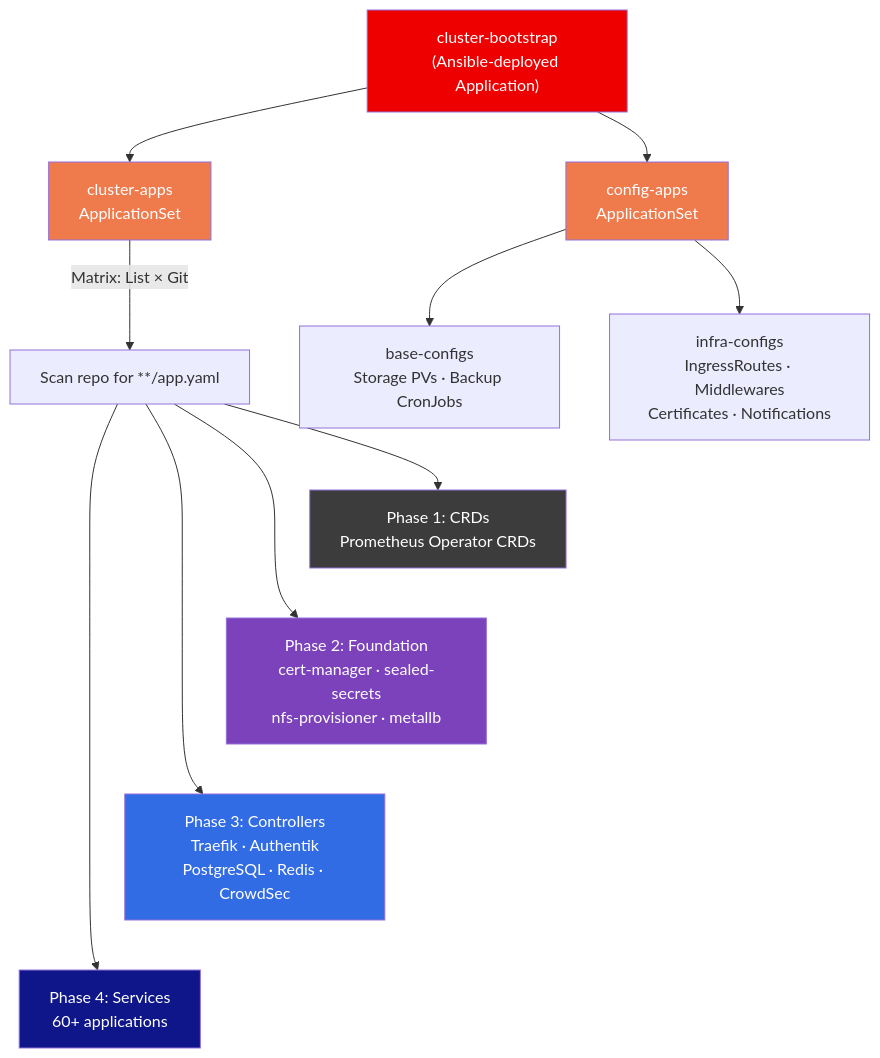
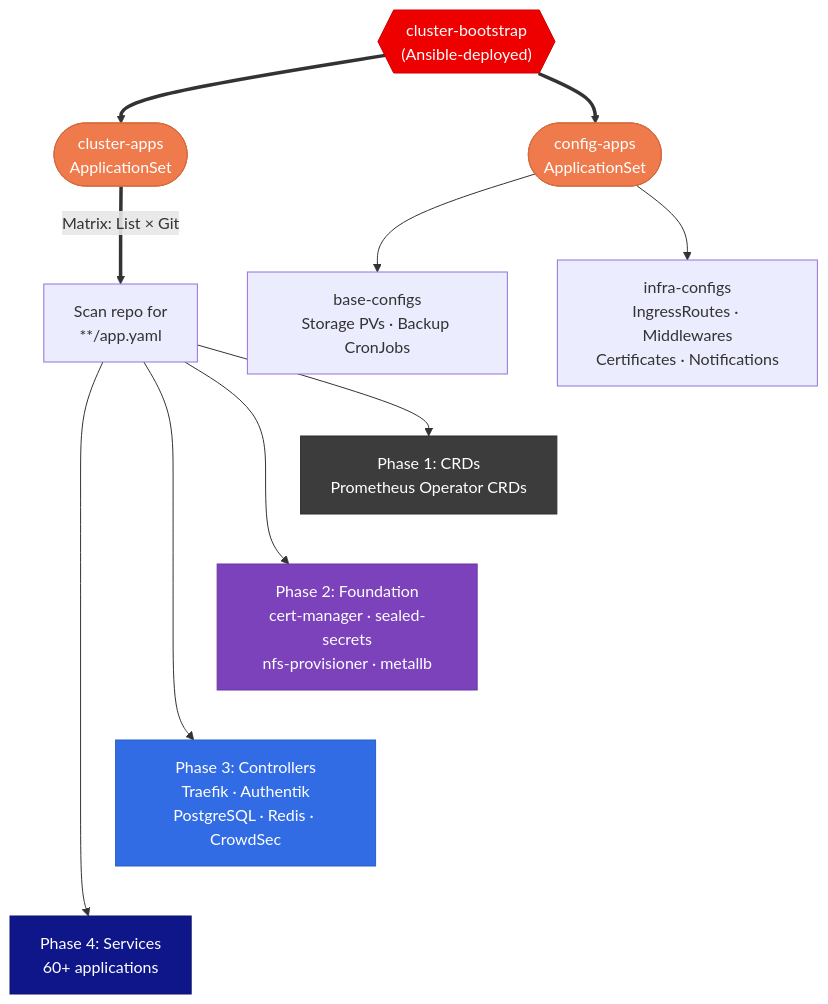
One commit to Starktastic-Homelab/apps changed the first of 5 diagrams in README.md. Above: the diagram before and after it, drawn with Mermaid. The commit also changed other lines of this file, not shown here.

Commit message:
docs: prettify Mermaid diagrams with semantic shapes and visual hierarchy

````diff
--- a/README.md
+++ b/README.md
@@ -56,26 +56,31 @@
 ```mermaid
 flowchart TB
-    BOOT["cluster-bootstrap\n(Ansible-deployed Application)"]
-    BOOT --> CS["cluster-apps\nApplicationSet"]
-    BOOT --> CFG["config-apps\nApplicationSet"]
+    BOOT{{"cluster-bootstrap\n(Ansible-deployed)"}}
+    BOOT ==> CS(["cluster-apps\nApplicationSet"])
+    BOOT ==> CFG(["config-apps\nApplicationSet"])
 
-    CS -->|"Matrix: List × Git"| DISCOVER["Scan repo for **/app.yaml"]
+    CS ==>|"Matrix: List × Git"| DISCOVER["Scan repo for\n**/app.yaml"]
 
     DISCOVER --> P1["Phase 1: CRDs\nPrometheus Operator CRDs"]
     DISCOVER --> P2["Phase 2: Foundation\ncert-manager · sealed-secrets\nnfs-provisioner · metallb"]
     DISCOVER --> P3["Phase 3: Controllers\nTraefik · Authentik\nPostgreSQL · Redis · CrowdSec"]
     DISCOVER --> P4["Phase 4: Services\n60+ applications"]
 
     CFG --> BC["base-configs\nStorage PVs · Backup CronJobs"]
     CFG --> IC["infra-configs\nIngressRoutes · Middlewares\nCertificates · Notifications"]
 
     P1 ~~~ P2 ~~~ P3 ~~~ P4
 
-    style BOOT fill:#EE0000,color:#fff
-    style CS fill:#EF7B4D,color:#fff
-    style CFG fill:#EF7B4D,color:#fff
-    style P1 fill:#3C3C3C,color:#fff
-    style P2 fill:#7B42BC,color:#fff
-    style P3 fill:#326CE5,color:#fff
-    style P4 fill:#0F1689,color:#fff
+    classDef boot fill:#EE0000,stroke:#CC0000,color:#fff
+    classDef appset fill:#EF7B4D,stroke:#D66A3D,color:#fff
+    classDef p1 fill:#3C3C3C,stroke:#2D2D2D,color:#fff
+    classDef p2 fill:#7B42BC,stroke:#6A35A3,color:#fff
+    classDef p3 fill:#326CE5,stroke:#2B5FC2,color:#fff
+    classDef p4 fill:#0F1689,stroke:#0D1270,color:#fff
+    class BOOT boot
+    class CS,CFG appset
+    class P1 p1
+    class P2 p2
+    class P3 p3
+    class P4 p4
 ```
````
